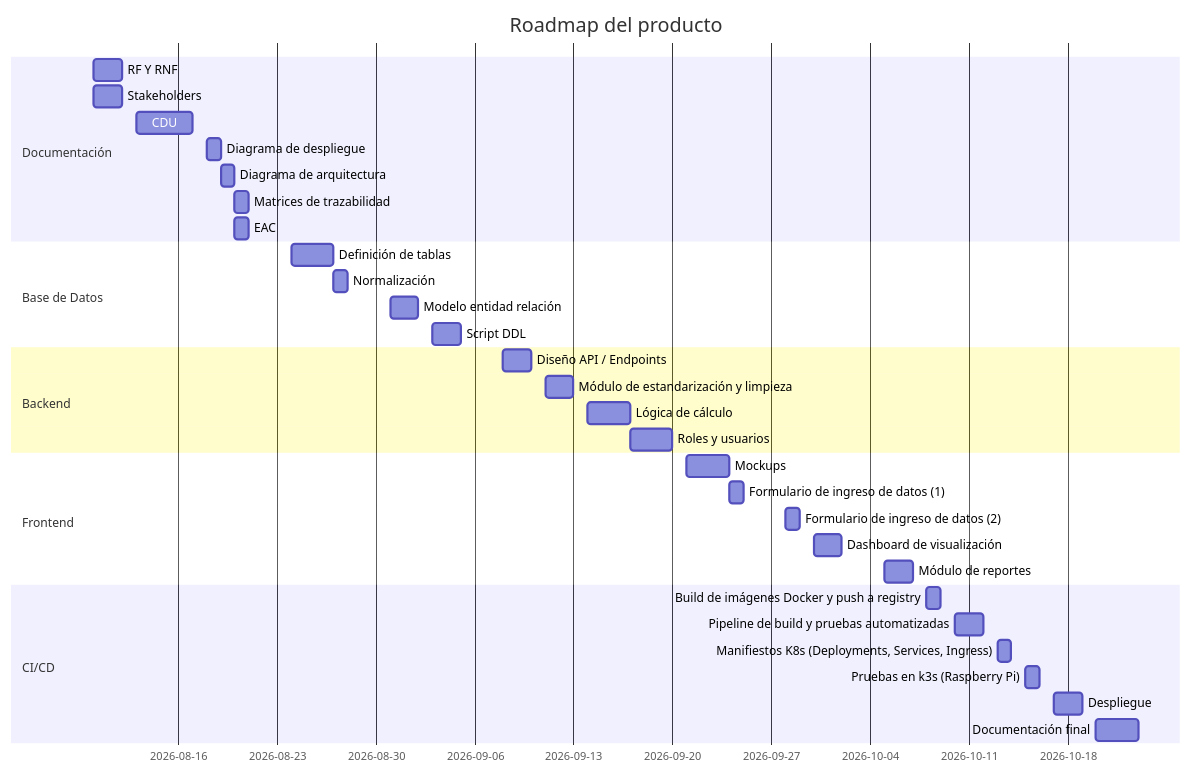
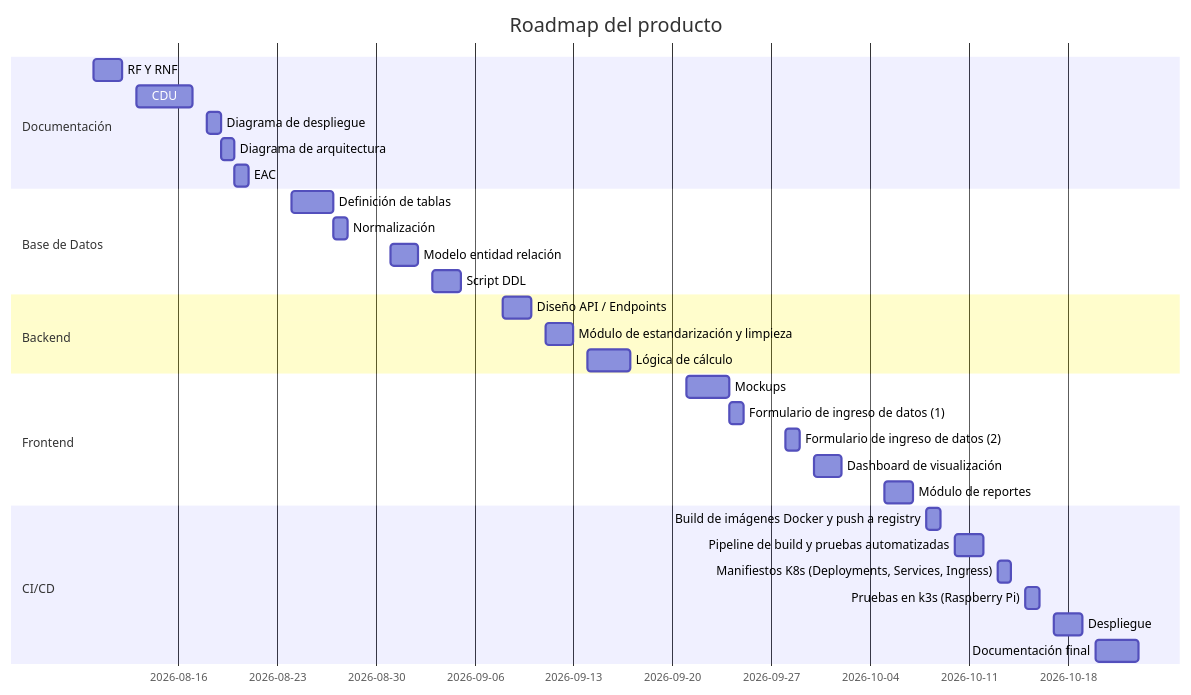
Before and after one commit to Juanj098/SICEE---Sistema-Integrado-de-Caracterizaci-n-Energ-tica-y-Emisiones: the diagram in Docs/AnteProyecto.md, drawn with Mermaid. The commit also changed 14 other files, not shown here.

````diff
--- a/Docs/AnteProyecto.md
+++ b/Docs/AnteProyecto.md
@@ -50,41 +50,38 @@
 ```mermaid
 gantt
     title Roadmap del producto
     dateFormat YYYY-MM-DD
 
     section Documentación
     RF Y RNF                                    :t1, 2026-08-10, 2026-08-12
-    Stakeholders                                :t2, 2026-08-10, 2026-08-12
     CDU                                         :t3, 2026-08-13, 2026-08-17
     Diagrama de despliegue                      :t4, 2026-08-18, 2026-08-19
     Diagrama de arquitectura                    :t5, 2026-08-19, 2026-08-20
-    Matrices de trazabilidad                    :t6, 2026-08-20, 2026-08-21
     EAC                                         :t7, 2026-08-20, 2026-08-21
 
     section Base de Datos
     Definición de tablas                        :t8, 2026-08-24, 2026-08-27
     Normalización                               :t9, 2026-08-27, 2026-08-28
     Modelo entidad relación                     :t10, 2026-08-31, 2026-09-02
     Script DDL                                  :t11, 2026-09-03, 2026-09-05
 
     section Backend
     Diseño API / Endpoints                      :t12, 2026-09-08, 2026-09-10
     Módulo de estandarización y limpieza        :t13, 2026-09-11, 2026-09-13
     Lógica de cálculo                           :t14, 2026-09-14, 2026-09-17
-    Roles y usuarios                            :t15, 2026-09-17, 2026-09-20
 
     section Frontend
     Mockups                                     :t16, 2026-09-21, 2026-09-24
     Formulario de ingreso de datos (1)          :t17, 2026-09-24, 2026-09-25
     Formulario de ingreso de datos (2)          :t18, 2026-09-28, 2026-09-29
     Dashboard de visualización                  :t19, 2026-09-30, 2026-10-02
     Módulo de reportes                          :t20, 2026-10-05, 2026-10-07
 
     section CI/CD
     Build de imágenes Docker y push a registry       :t21, 2026-10-08, 2026-10-09
     Pipeline de build y pruebas automatizadas        :t22, 2026-10-10, 2026-10-12
     Manifiestos K8s (Deployments, Services, Ingress) :t23, 2026-10-13, 2026-10-14
     Pruebas en k3s (Raspberry Pi)                    :t24, 2026-10-15, 2026-10-16
     Despliegue                                       :t25, 2026-10-17, 2026-10-19
     Documentación final                              :t26, 2026-10-20, 2026-10-23
 ```
````
